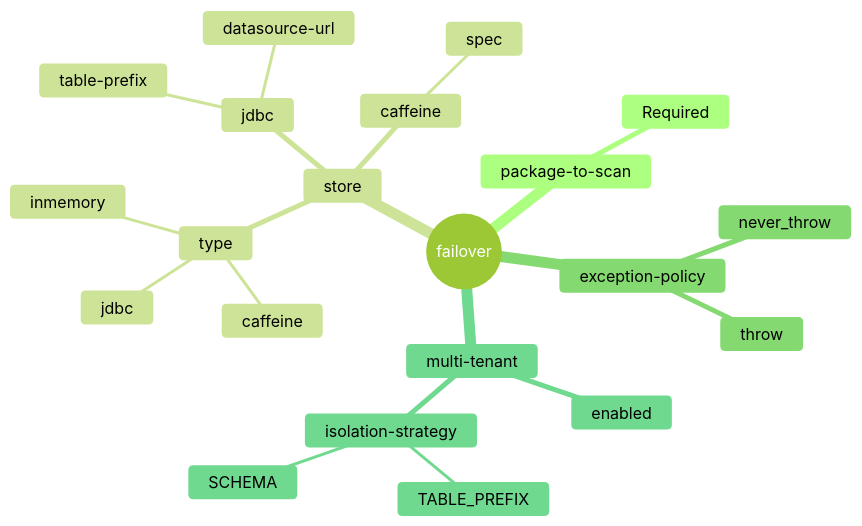
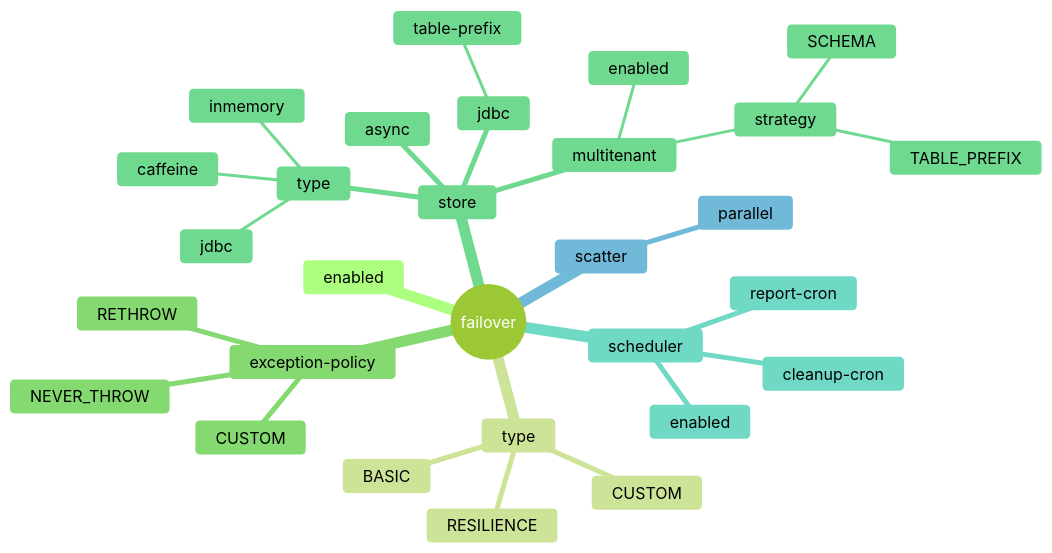
Before and after one commit to societe-generale/failover: the diagram in docs/configuration/index.md, drawn with Mermaid (forest theme). The commit also changed other lines of this file and 113 other files, not shown here.

````diff
--- a/docs/configuration/index.md
+++ b/docs/configuration/index.md
@@ -11,24 +11,32 @@
 ```mermaid
 mindmap
   root((failover))
-    package-to-scan
-      Required
+    enabled
+    type
+      BASIC
+      RESILIENCE
+      CUSTOM
+    exception-policy
+      RETHROW
+      NEVER_THROW
+      CUSTOM
     store
       type
         jdbc
         caffeine
         inmemory
+      async
       jdbc
         table-prefix
-        datasource-url
-      caffeine
-        spec
-    exception-policy
-      throw
-      never_throw
-    multi-tenant
+      multitenant
+        enabled
+        strategy
+          TABLE_PREFIX
+          SCHEMA
+    scheduler
       enabled
-      isolation-strategy
-        TABLE_PREFIX
-        SCHEMA
+      report-cron
+      cleanup-cron
+    scatter
+      parallel
 ```
````
